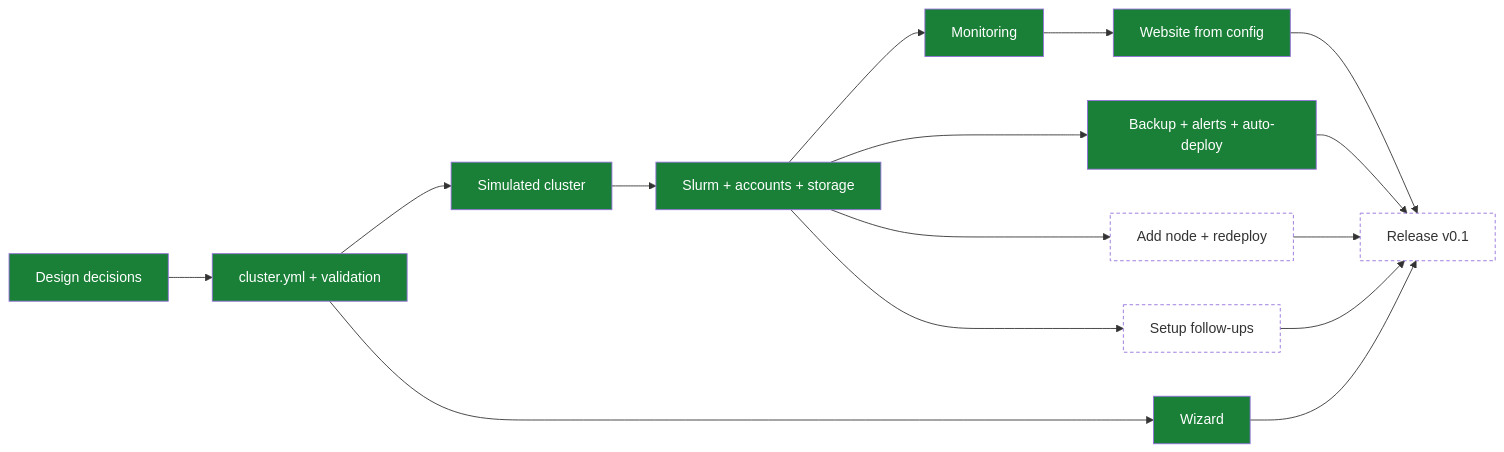
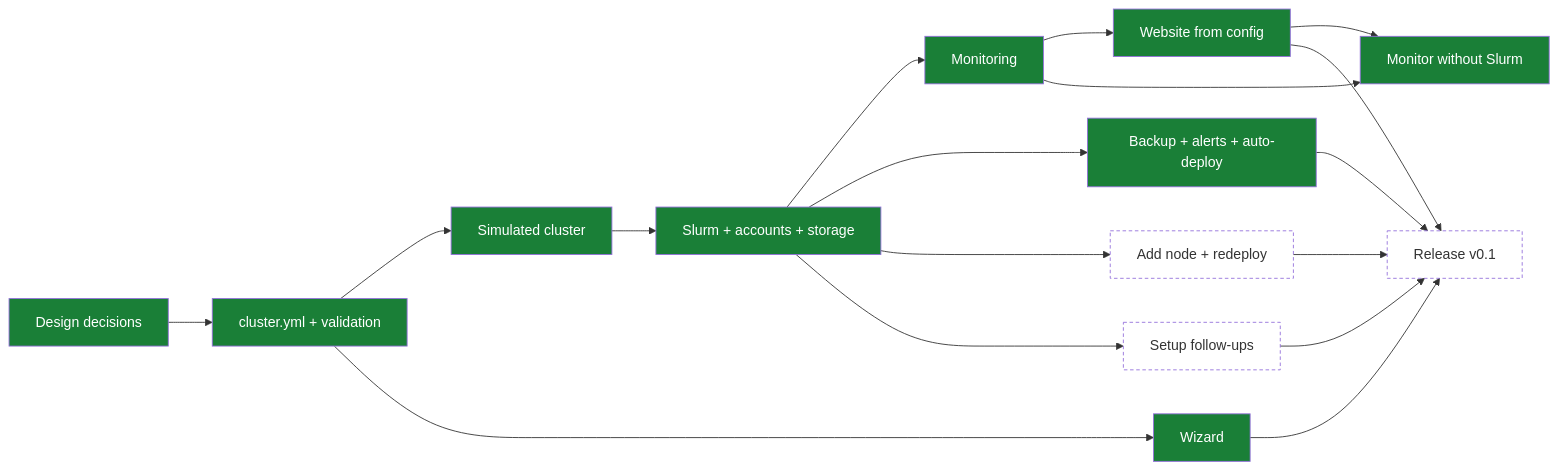
One commit to enajx/nanoHPC changed the diagram in TODO.md. Above: the diagram before and after it, drawn with Mermaid. The commit also changed other lines of this file and 55 other files, not shown here.

````diff
--- a/TODO.md
+++ b/TODO.md
@@ -11,21 +11,23 @@
 ```mermaid
 flowchart LR
   classDef done fill:#1a7f37,color:#fff
   classDef wip fill:#d4a72c,color:#000
   classDef queued fill:none,stroke-dasharray:4 3
 
   D[Design decisions]:::done --> C[cluster.yml + validation]:::done
   C --> SIM[Simulated cluster]:::done
   SIM --> S[Slurm + accounts + storage]:::done
   S --> M[Monitoring]:::done
   M --> W[Website from config]:::done
   S --> BK[Backup + alerts + auto-deploy]:::done
   C --> WZ[Wizard]:::done
+  M --> MO[Monitor without Slurm]:::done
+  W --> MO
   S --> N[Add node + redeploy]:::queued
   W --> R[Release v0.1]:::queued
   BK --> R
   WZ --> R
   N --> R
   S --> F[Setup follow-ups]:::queued
   F --> R
 ```
````
